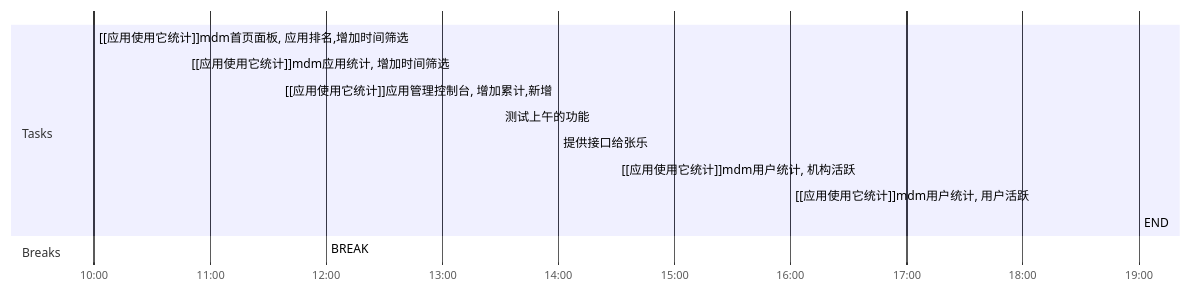
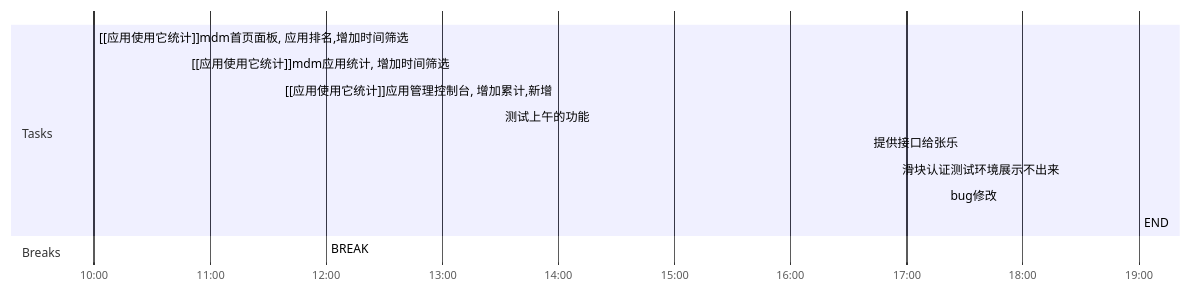
One commit to yangld/learn changed the diagram in Day Planners/Day Planner-20211116.md. Above: the diagram before and after it, drawn with Mermaid. The commit also changed other lines of this file and 1 other file, not shown here.

Commit message:
vault backup: 2021-11-16 17:34:55
Affected files:
.obsidian/workspace
Day Planners/Day Planner-20211116.md

````diff
--- a/Day Planners/Day Planner-20211116.md
+++ b/Day Planners/Day Planner-20211116.md
@@ -2,17 +2,17 @@
 ```mermaid
 gantt
     dateFormat  HH-mm
     axisFormat %H:%M
-    %% Current Time: 下午4:31:35
+    %% Current Time: 下午5:31:35
     section Tasks
     [[应用使用它统计]]mdm首页面板, 应用排名,增加时间筛选     :10-00, 48mm
     [[应用使用它统计]]mdm应用统计, 增加时间筛选     :10-48, 48mm
     [[应用使用它统计]]应用管理控制台, 增加累计,新增     :11-36, 24mm
-    测试上午的功能     :13-30, 30mm
-    提供接口给张乐     :14-00, 30mm
-    [[应用使用它统计]]mdm用户统计, 机构活跃     :14-30, 90mm
-    [[应用使用它统计]]mdm用户统计, 用户活跃     :16-00, 180mm
+    测试上午的功能     :13-30, 190mm
+    提供接口给张乐     :16-40, 15mm
+    滑块认证测试环境展示不出来     :16-55, 25mm
+    bug修改     :17-20, 100mm
     END     :19-00, 0mm
     section Breaks
     BREAK     :12-00, 90mm
 ```
````
